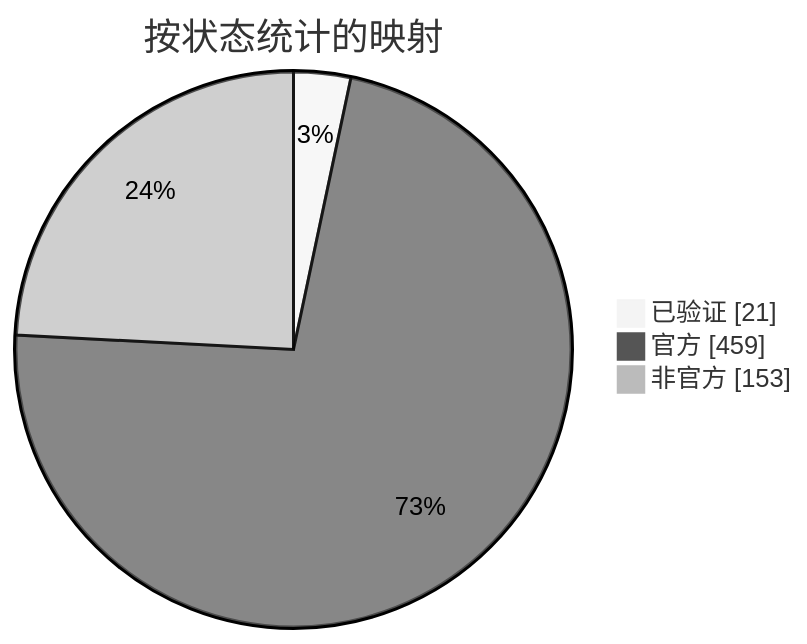
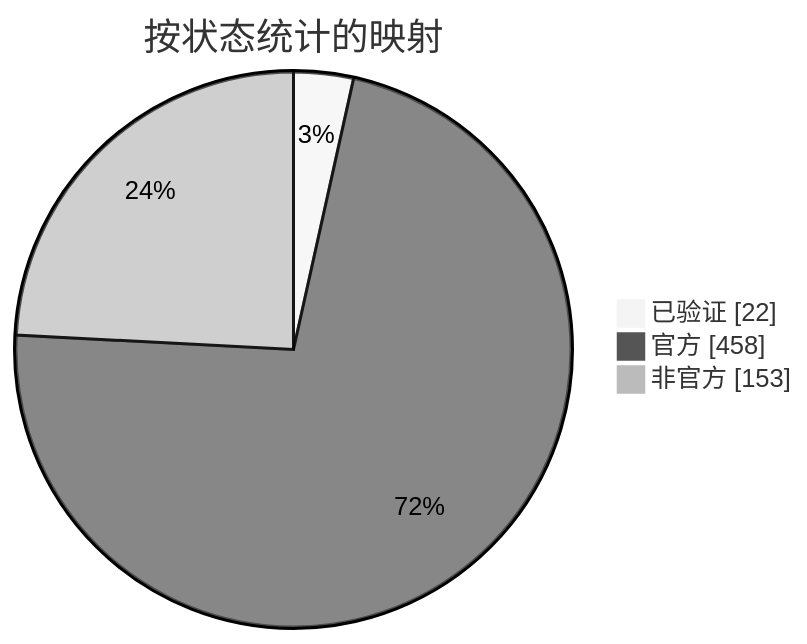
One commit to nobrega8/mbmap-library changed the diagram in docs/readme/README_ZHS.md. Above: the diagram before and after it, drawn with Mermaid (neutral theme). The commit also changed 6 other files, not shown here.

````diff
--- a/docs/readme/README_ZHS.md
+++ b/docs/readme/README_ZHS.md
@@ -54,7 +54,7 @@
 ```mermaid
 pie showData
     title 按状态统计的映射
-    "已验证" : 21
-    "官方" : 459
+    "已验证" : 22
+    "官方" : 458
     "非官方" : 153
 ```
````
